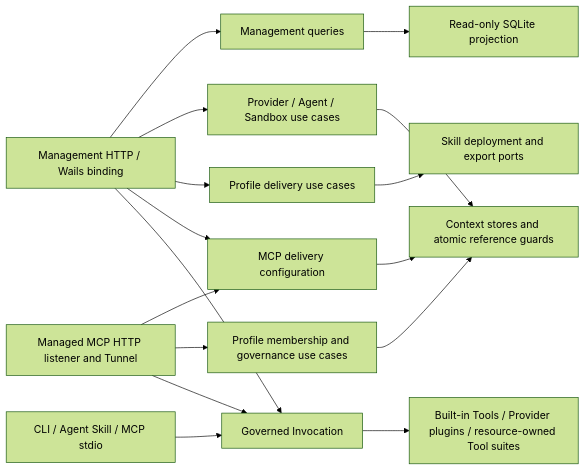
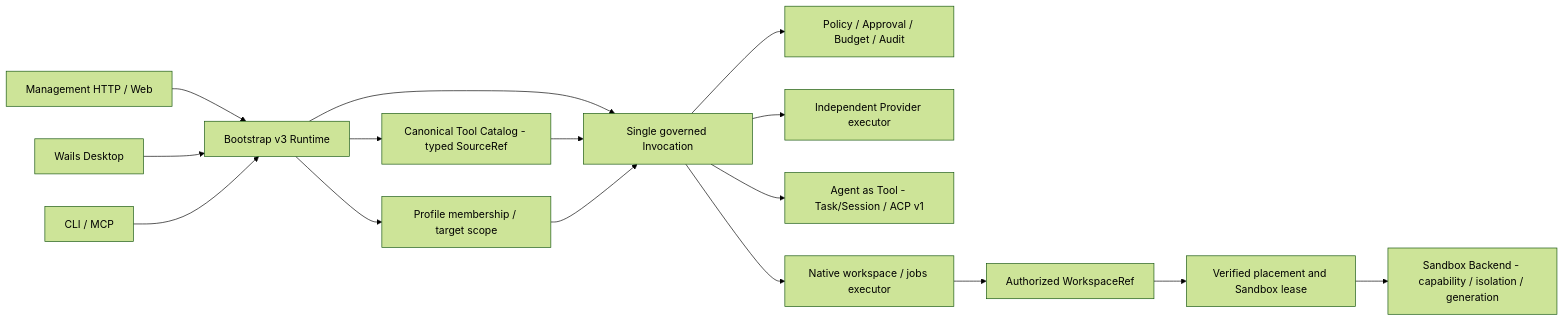
The diagram in docs/architecture/context.md (orz-i/Mender), drawn with Mermaid (forest theme) before and after one commit. The commit also changed other lines of this file and 180 other files, not shown here.

Commit message:
docs(governance): retire obsolete plans and record verified v3 hard cut

````diff
--- a/docs/architecture/context.md
+++ b/docs/architecture/context.md
@@ -11,18 +9,18 @@
 ```mermaid
 flowchart LR
-  Control["Management HTTP / Wails binding"] --> Query["Management queries"]
-  Query --> Projection["Read-only SQLite projection"]
-  Control --> UseCases["Provider / Agent / Sandbox use cases"]
-  UseCases --> Stores["Context stores and atomic reference guards"]
-  Control --> Delivery["Profile delivery use cases"]
-  Delivery --> Skill["Skill deployment and export ports"]
-  Control --> Config["MCP delivery configuration"]
-  Config --> Stores
-  Profile["Profile membership and governance use cases"] --> Stores
-  Managed["Managed MCP HTTP listener and Tunnel"] --> Config
-  Managed --> Profile
-  Managed --> Invoke["Governed Invocation"]
-  CLI["CLI / Agent Skill / MCP stdio"] --> Invoke
-  Control --> Invoke
-  Invoke --> Executors["Built-in Tools / Provider plugins / resource-owned Tool suites"]
+  HTTP[Management HTTP / Web] --> Runtime[Bootstrap v3 Runtime]
+  Wails[Wails Desktop] --> Runtime
+  CLI[CLI / MCP] --> Runtime
+  Runtime --> Catalog[Canonical Tool Catalog - typed SourceRef]
+  Runtime --> Profile[Profile membership / target scope]
+  Runtime --> Invocation[Single governed Invocation]
+  Catalog --> Invocation
+  Profile --> Invocation
+  Invocation --> Policy[Policy / Approval / Budget / Audit]
+  Invocation --> Provider[Independent Provider executor]
+  Invocation --> Agent[Agent as Tool - Task/Session / ACP v1]
+  Invocation --> Native[Native workspace / jobs executor]
+  Native --> Workspace[Authorized WorkspaceRef]
+  Workspace --> Placement[Verified placement and Sandbox lease]
+  Placement --> Sandbox[Sandbox Backend - capability / isolation / generation]
 ```
````
